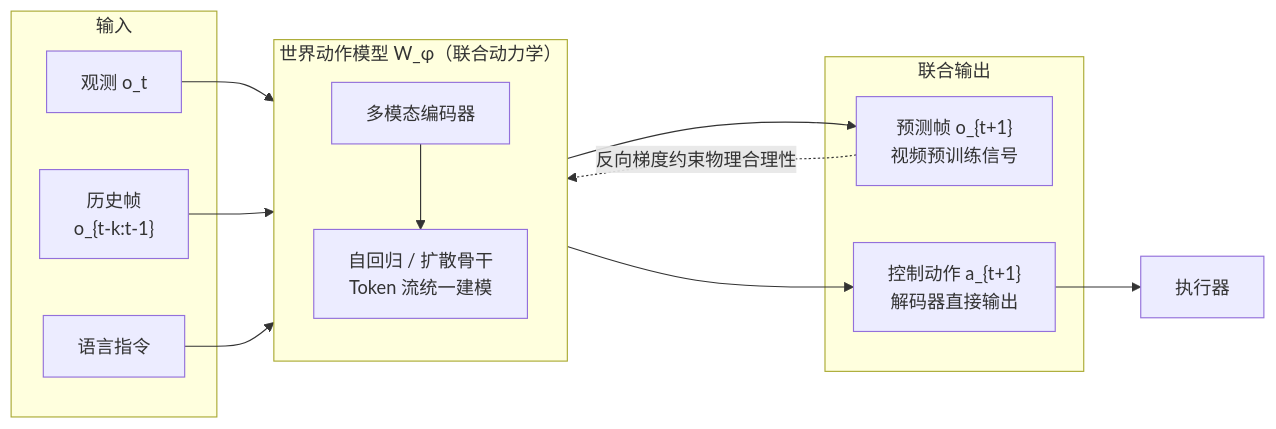
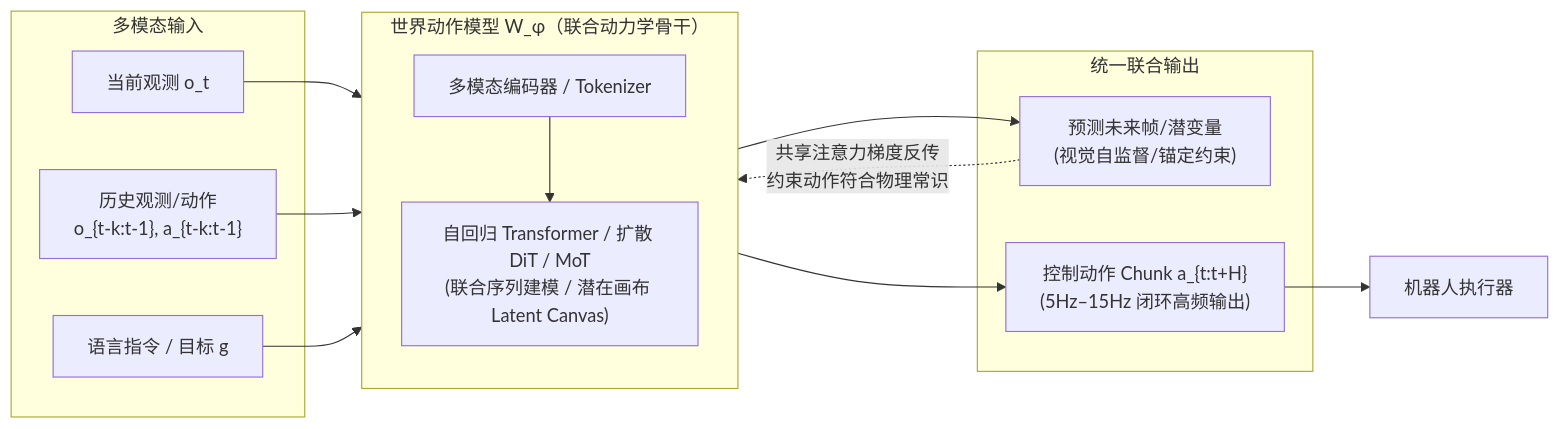
Before and after one commit to TingdeLiu/tingdeliu.github.io: the fourth of 11 diagrams in _posts/research/2026-04-16-World-Models-Survey.md, drawn with Mermaid. The commit also changed other lines of this file and 6 other files, not shown here.

Commit message:
docs(agent): optimize Section 5 memory diagram layout and update world models survey

````diff
--- a/_posts/research/2026-04-16-World-Models-Survey.md
+++ b/_posts/research/2026-04-16-World-Models-Survey.md
@@ -193,23 +338,23 @@
 ```mermaid
 flowchart LR
-    subgraph IN["输入"]
-        O_t["观测 o_t"]
-        H["历史帧<br/>o_{t-k:t-1}"]
-        L["语言指令"]
+    subgraph IN["多模态输入"]
+        O_t["当前观测 o_t"]
+        H["历史观测/动作<br/>o_{t-k:t-1}, a_{t-k:t-1}"]
+        L["语言指令 / 目标 g"]
     end
-    subgraph WM["世界动作模型 W_φ（联合动力学）"]
+    subgraph WM["世界动作模型 W_φ（联合动力学骨干）"]
         direction TB
-        Enc["多模态编码器"] --> Joint["自回归 / 扩散骨干\nToken 流统一建模"]
+        Enc["多模态编码器 / Tokenizer"] --> Joint["自回归 Transformer / 扩散 DiT / MoT\n(联合序列建模 / 潜在画布 Latent Canvas)"]
     end
-    subgraph OUT["联合输出"]
-        O1["预测帧 o_{t+1}\n视频预训练信号"]
-        A1["控制动作 a_{t+1}\n解码器直接输出"]
+    subgraph OUT["统一联合输出"]
+        O1["预测未来帧/潜变量\n(视觉自监督/锚定约束)"]
+        A1["控制动作 Chunk a_{t:t+H}\n(5Hz–15Hz 闭环高频输出)"]
     end
     O_t --> Enc
     H --> Enc
     L --> Enc
     Joint --> O1
     Joint --> A1
-    A1 --> Robot["执行器"]
-    O1 -.->|"反向梯度约束物理合理性"| Joint
+    A1 --> Robot["机器人执行器"]
+    O1 -.->|"共享注意力梯度反传\n约束动作符合物理常识"| Joint
 ```
````
